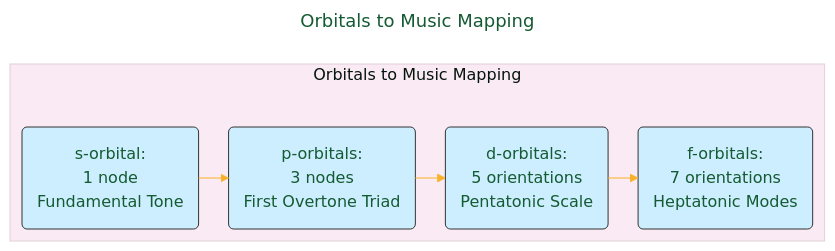
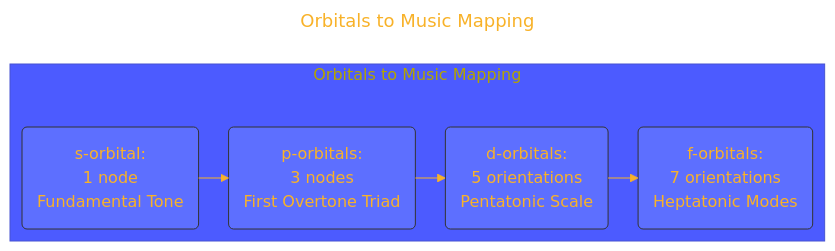
One commit to CongLeSolutionX/Harmonic_Atomica changed the third of 10 diagrams in Quantum_Harmonic_Atomic_Model/Quantum_Harmonic_Atomic_Model_Draft_6.md. Above: the diagram before and after it, drawn with Mermaid. The commit also changed other lines of this file and 1 other file, not shown here.

````diff
--- a/Quantum_Harmonic_Atomic_Model/Quantum_Harmonic_Atomic_Model_Draft_6.md
+++ b/Quantum_Harmonic_Atomic_Model/Quantum_Harmonic_Atomic_Model_Draft_6.md
@@ -123,42 +123,42 @@
 ```mermaid
 ---
 title: "Orbitals to Music Mapping"
 author: "Cong Le"
 version: "1.0"
 license(s): "MIT, CC BY 4.0"
 copyright: "Copyright (c) 2025 Cong Le. All Rights Reserved."
 config:
   layout: elk
   theme: base
 ---
 %%%%%%%% Mermaid version v11.4.1-b.14
 %%%%%%%% Available curve styles include the following keywords:
 %% basis, bumpX, bumpY, cardinal, catmullRom, linear, monotoneX, monotoneY, natural, step, stepAfter, stepBefore.
 %%{
   init: {
     'flowchart': { 'htmlLabels': false, 'curve': 'linear' },
     'fontFamily': 'Monaco',
     'themeVariables': {
-      'primaryColor': '#D5F5E3',
-      'primaryTextColor': '#145A32',
+      'primaryColor': '#FE3',
+      'primaryTextColor': '#F8B229',
       'lineColor': '#F8B229',
       'primaryBorderColor': '#27AE60',
       'secondaryColor': '#EBDEF0',
       'secondaryTextColor': '#6C3483',
       'secondaryBorderColor': '#A569BD'
     }
   }
 }%%
-graph LR
+flowchart LR
 	subgraph Orbitals_and_Music["Orbitals to Music Mapping"]
 	    s("s-orbital:<br/> 1 node<br>Fundamental Tone") --> p("p-orbitals:<br/> 3 nodes<br>First Overtone Triad")
 	    p --> d("d-orbitals:<br/> 5 orientations<br>Pentatonic Scale")
 	    d --> f("f-orbitals:<br/> 7 orientations<br>Heptatonic Modes")
 	  end
   
-    style s fill:#cef,stroke:#333,stroke-width:1px
-    style p fill:#cef,stroke:#333,stroke-width:1px
-    style d fill:#cef,stroke:#333,stroke-width:1px
-    style f fill:#cef,stroke:#333,stroke-width:1px
+    style s fill:#cef2,stroke:#333,stroke-width:1px
+    style p fill:#cef2,stroke:#333,stroke-width:1px
+    style d fill:#cef2,stroke:#333,stroke-width:1px
+    style f fill:#cef2,stroke:#333,stroke-width:1px
     
 ```
````
